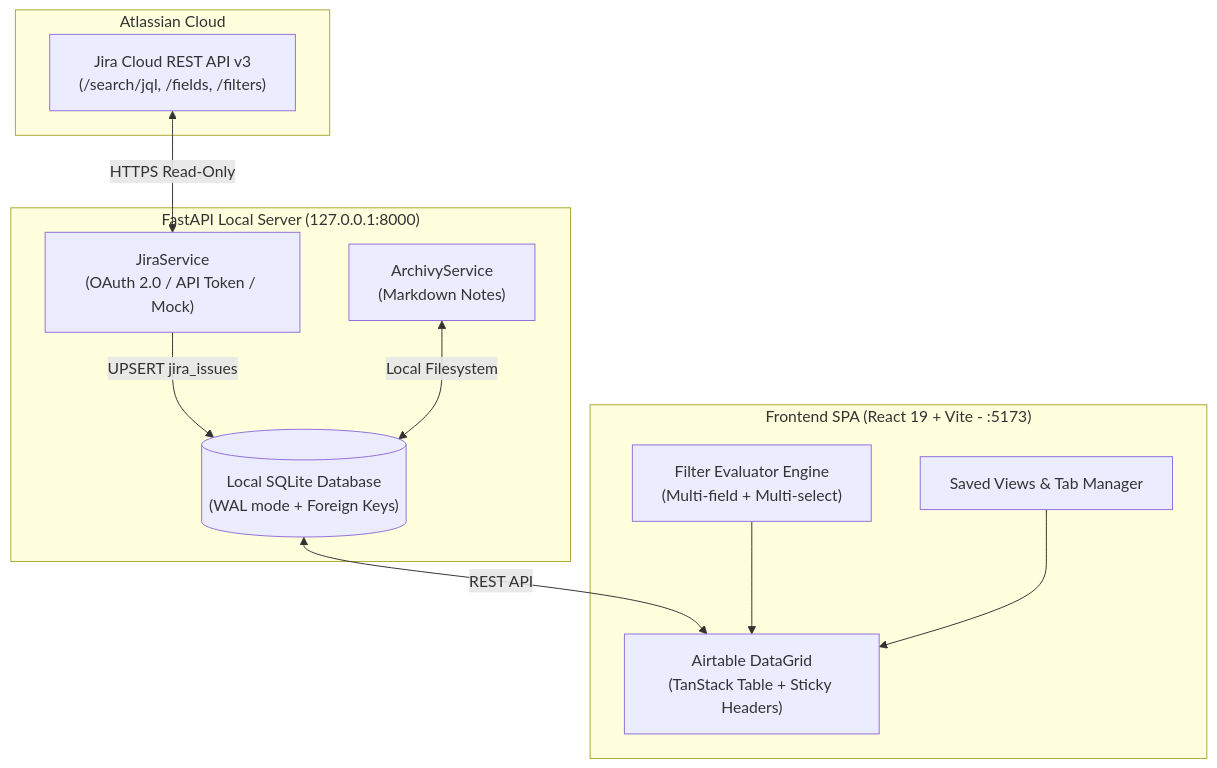
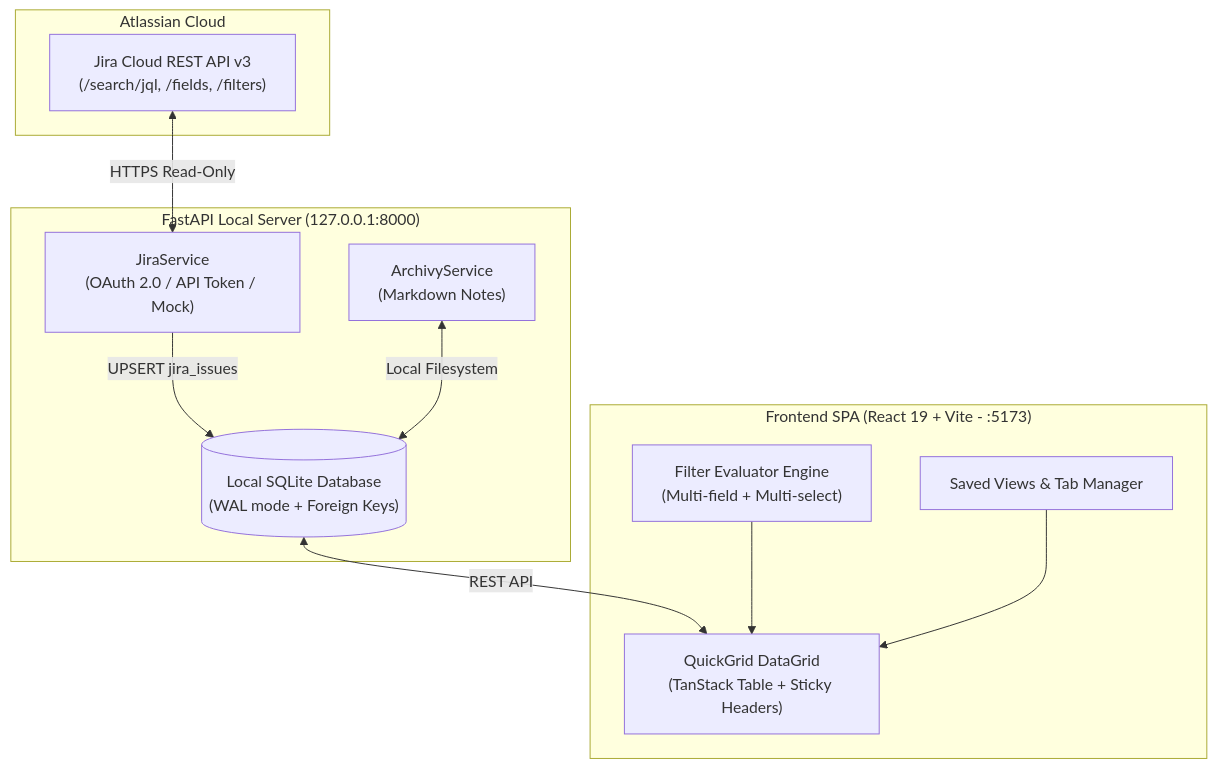
Before and after one commit to lasrv94/jira_quickgrid: the diagram in README.md, drawn with Mermaid. The commit also changed other lines of this file and 21 other files, not shown here.

Commit message:
chore: remove Airtable references and rebrand to Jira QuickGrid across entire repository

````diff
--- a/README.md
+++ b/README.md
@@ -79,25 +79,25 @@
 ```mermaid
 flowchart TD
     subgraph Atlassian ["Atlassian Cloud"]
         Jira["Jira Cloud REST API v3\n(/search/jql, /fields, /filters)"]
     end
 
     subgraph Backend ["FastAPI Local Server (127.0.0.1:8000)"]
         JiraClient["JiraService\n(OAuth 2.0 / API Token / Mock)"]
         SQLite[("Local SQLite Database\n(WAL mode + Foreign Keys)")]
         ArchivySvc["ArchivyService\n(Markdown Notes)"]
     end
 
     subgraph Client ["Frontend SPA (React 19 + Vite - :5173)"]
-        Grid["Airtable DataGrid\n(TanStack Table + Sticky Headers)"]
+        Grid["QuickGrid DataGrid\n(TanStack Table + Sticky Headers)"]
         FilterEngine["Filter Evaluator Engine\n(Multi-field + Multi-select)"]
         ViewMgr["Saved Views & Tab Manager"]
     end
 
     Jira <-->|HTTPS Read-Only| JiraClient
     JiraClient -->|UPSERT jira_issues| SQLite
     SQLite <-->|REST API| Grid
     ArchivySvc <-->|Local Filesystem| SQLite
     FilterEngine --> Grid
     ViewMgr --> Grid
 ```
````
